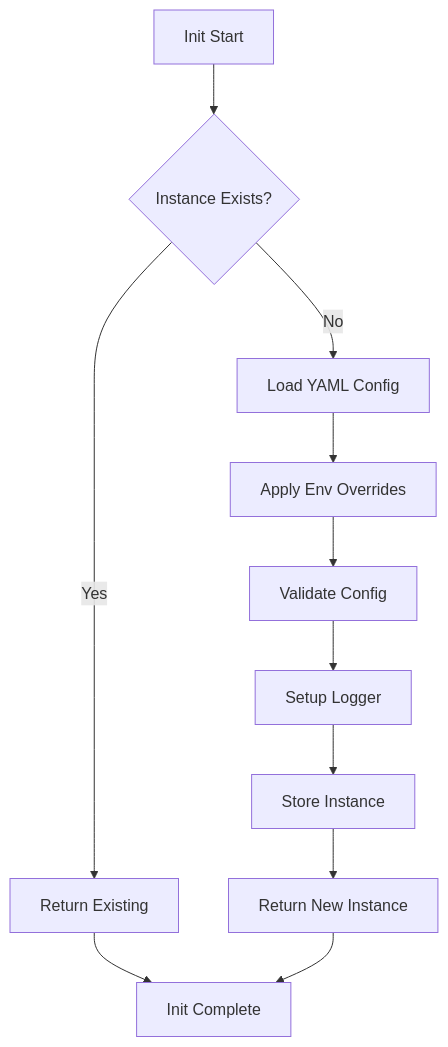
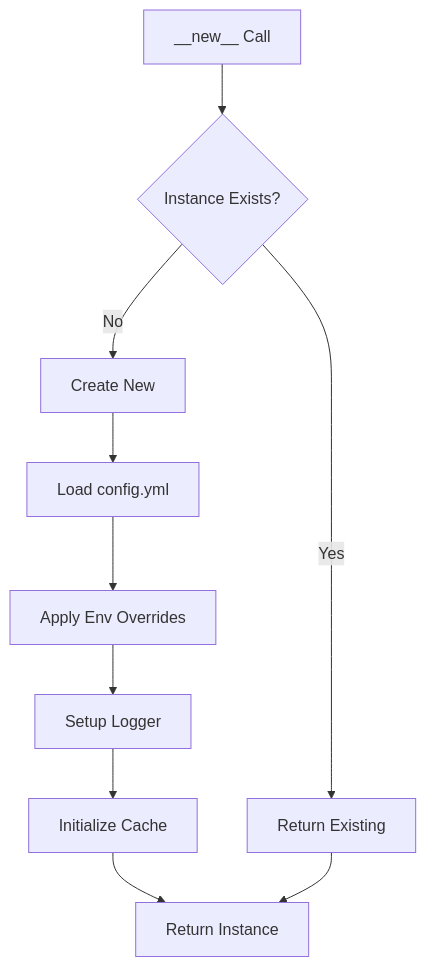
One commit to nakashima2toshio/anthropic_api_jp changed the fifth of 10 diagrams in doc/helper_api.md. Above: the diagram before and after it, drawn with Mermaid. The commit also changed other lines of this file and 12 other files, not shown here.

````diff
--- a/doc/helper_api.md
+++ b/doc/helper_api.md
@@ -203,13 +247,12 @@
 ```mermaid
 graph TD
-    A["Init Start"] --> B{"Instance Exists?"}
+    A["__new__ Call"] --> B{Instance Exists?}
     B -->|Yes| C["Return Existing"]
-    B -->|No| D["Load YAML Config"]
-    D --> E["Apply Env Overrides"]
-    E --> F["Validate Config"]
+    B -->|No| D["Create New"]
+    D --> E["Load config.yml"]
+    E --> F["Apply Env Overrides"]
     F --> G["Setup Logger"]
-    G --> H["Store Instance"]
-    H --> I["Return New Instance"]
-    C --> J["Init Complete"]
-    I --> J
+    G --> H["Initialize Cache"]
+    H --> I["Return Instance"]
+    C --> I
 ```
````
